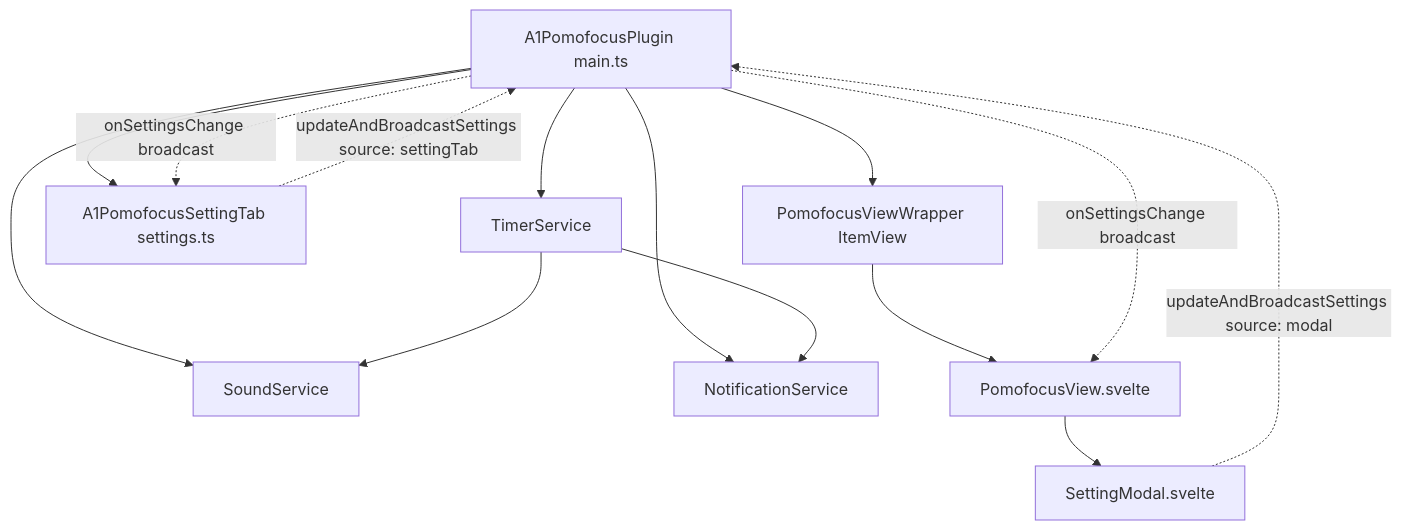
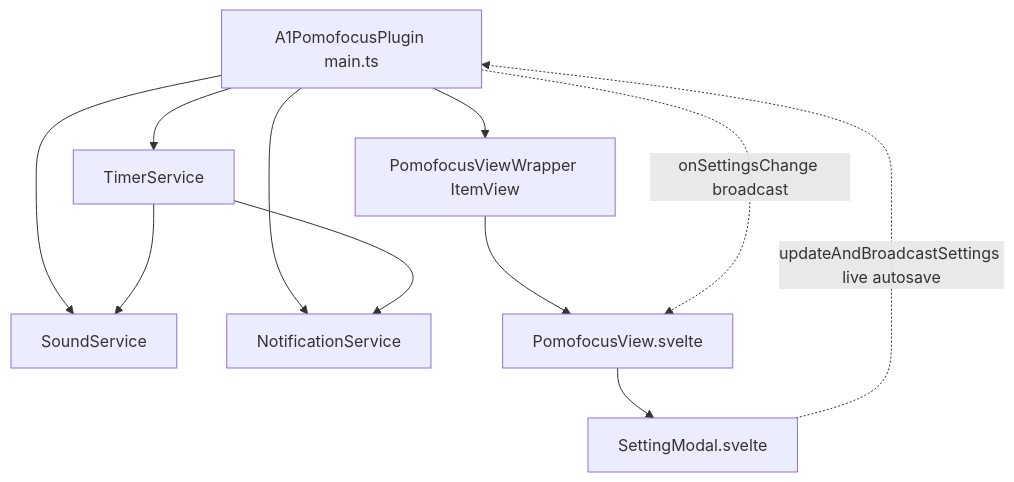
One commit to 2607044640/fluent-pomofocus changed the diagram in _Architecture.md. Above: the diagram before and after it, drawn with Mermaid. The commit also changed other lines of this file and 3 other files, not shown here.

Commit message:
refactor(settings): streamline settings exclusively to in-view modal and update docs

````diff
--- a/_Architecture.md
+++ b/_Architecture.md
@@ -9,17 +9,14 @@
 ```mermaid
 graph TD
     Plugin[A1PomofocusPlugin main.ts] --> TimerService[TimerService]
     Plugin --> SoundService[SoundService]
     Plugin --> NotificationService[NotificationService]
-    Plugin --> SettingTab[A1PomofocusSettingTab settings.ts]
     Plugin --> ViewWrapper[PomofocusViewWrapper ItemView]
     ViewWrapper --> View[PomofocusView.svelte]
     View --> Modal[SettingModal.svelte]
     TimerService --> SoundService
     TimerService --> NotificationService
 
-    Modal -.->|updateAndBroadcastSettings source: modal| Plugin
-    SettingTab -.->|updateAndBroadcastSettings source: settingTab| Plugin
-    Plugin -.->|onSettingsChange broadcast| SettingTab
+    Modal -.->|updateAndBroadcastSettings live autosave| Plugin
     Plugin -.->|onSettingsChange broadcast| View
 ```
````
